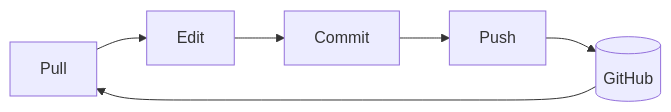
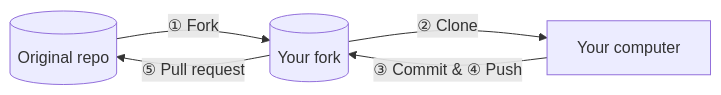
The first of 2 diagrams in workshop.qmd (AnafNeves/Github_Workshop), drawn with Mermaid before and after one commit. The commit also changed other lines of this file, not shown here.

Commit message:
added fork slide

````diff
--- a/workshop.qmd
+++ b/workshop.qmd
@@ -134,9 +166,8 @@
 ```{mermaid}
 %%| fig-width: 10
 flowchart LR
-  A[Pull] --> B[Edit]
-  B --> C[Commit]
-  C --> D[Push]
-  D --> E[(GitHub)]
-  E --> A
+  A[(Original repo)] -- ① Fork --> B[(Your fork)]
+  B -- ② Clone --> C[Your computer]
+  C -- ③ Commit &amp; ④ Push --> B
+  B -- ⑤ Pull request --> A
 ```
````
